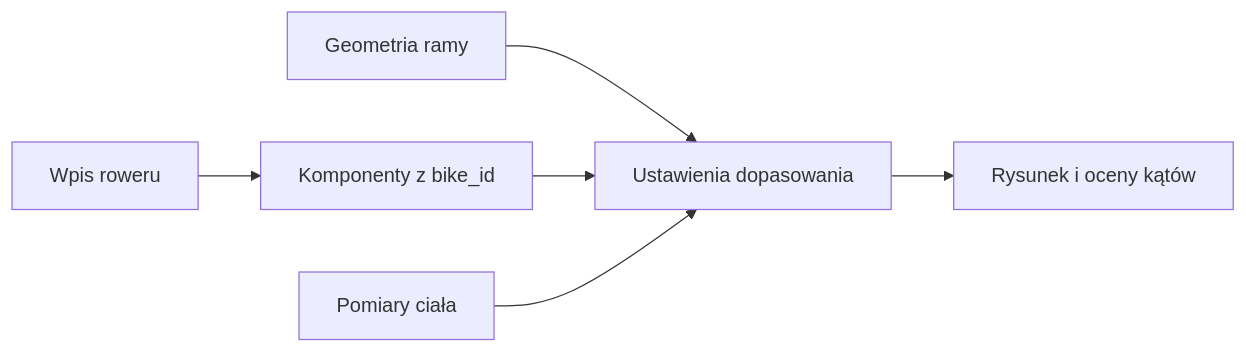
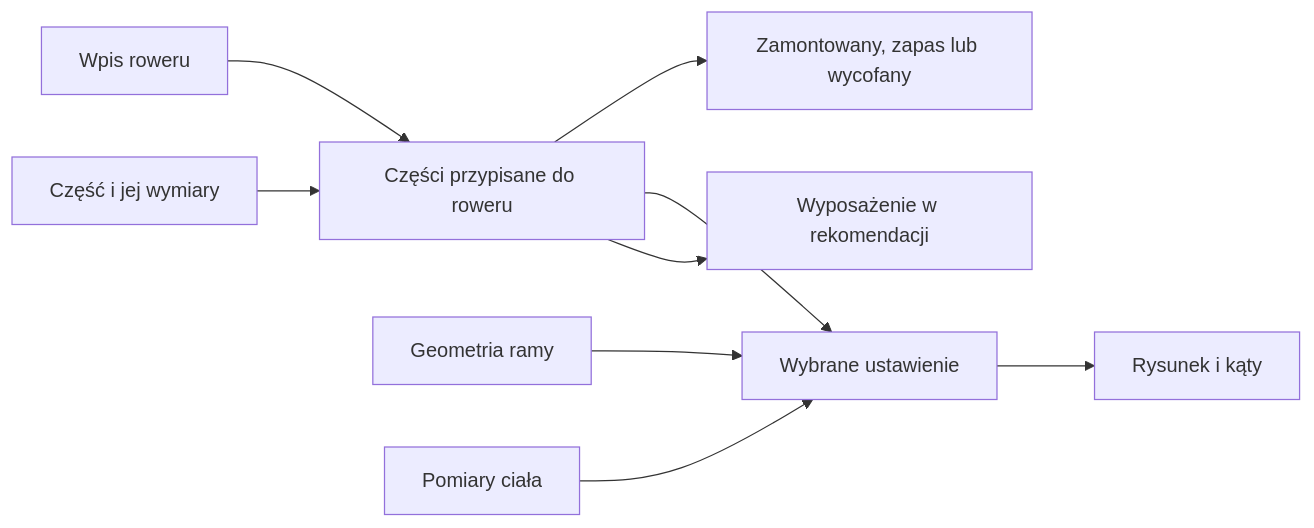
Before and after one commit to QbotMS/QbotQ: the diagram in docs/wiki/garaz/rowery-komponenty.md, drawn with Mermaid. The commit also changed other lines of this file and 153 other files, not shown here.

````diff
--- a/docs/wiki/garaz/rowery-komponenty.md
+++ b/docs/wiki/garaz/rowery-komponenty.md
@@ -29,8 +40,11 @@
 ```mermaid
 flowchart LR
-  Rower[Wpis roweru] --> Czesci[Komponenty z bike_id]
-  Rama[Geometria ramy] --> Fitting[Ustawienia dopasowania]
-  Czesci --> Fitting
-  Cialo[Pomiary ciała] --> Fitting
-  Fitting --> Widok[Rysunek i oceny kątów]
+  Rower[Wpis roweru] --> Lista[Części przypisane do roweru]
+  Czesc[Część i jej wymiary] --> Lista
+  Lista --> Status[Zamontowany, zapas lub wycofany]
+  Lista --> Fitting[Wybrane ustawienie]
+  Geometria[Geometria ramy] --> Fitting
+  Pomiary[Pomiary ciała] --> Fitting
+  Fitting --> Rysunek[Rysunek i kąty]
+  Lista --> Trasa[Wyposażenie w rekomendacji]
 ```
````
